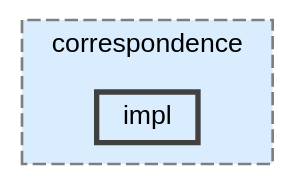
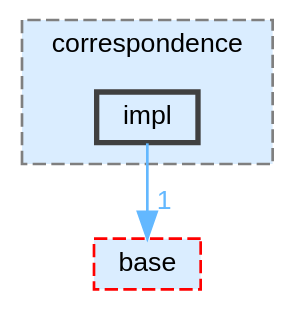
One commit to nerdneilsfield/cpp-toolbox changed the diagram in dir_78b956552c331723b05057a9a462d86c_dep.dot. Above: the diagram before and after it, drawn with Graphviz. The commit also changed 738 other files, not shown here.

```diff
--- a/dir_78b956552c331723b05057a9a462d86c_dep.dot
+++ b/dir_78b956552c331723b05057a9a462d86c_dep.dot
@@ -1,12 +1,14 @@
 digraph "src/include/cpp-toolbox/pcl/correspondence/impl"
 {
  // LATEX_PDF_SIZE
   bgcolor="transparent";
   edge [fontname=Helvetica,fontsize=10,labelfontname=Helvetica,labelfontsize=10];
   node [fontname=Helvetica,fontsize=10,shape=box,height=0.2,width=0.4];
   compound=true
   subgraph clusterdir_9bd22864257bc944587f30bf5e25cc1c {
     graph [ bgcolor="#daedff", pencolor="grey50", label="correspondence", fontname=Helvetica,fontsize=10 style="filled,dashed", URL="dir_9bd22864257bc944587f30bf5e25cc1c.html",tooltip=""]
   dir_78b956552c331723b05057a9a462d86c [label="impl", fillcolor="#daedff", color="grey25", style="filled,bold", URL="dir_78b956552c331723b05057a9a462d86c.html",tooltip=""];
   }
+  dir_175064ea02679cf4c3a50b5407502295 [label="base", fillcolor="#daedff", color="red", style="filled,dashed", URL="dir_175064ea02679cf4c3a50b5407502295.html",tooltip=""];
+  dir_78b956552c331723b05057a9a462d86c->dir_175064ea02679cf4c3a50b5407502295 [headlabel="1", labeldistance=1.5 headhref="dir_000018_000000.html" href="dir_000018_000000.html" color="steelblue1" fontcolor="steelblue1"];
 }
```
